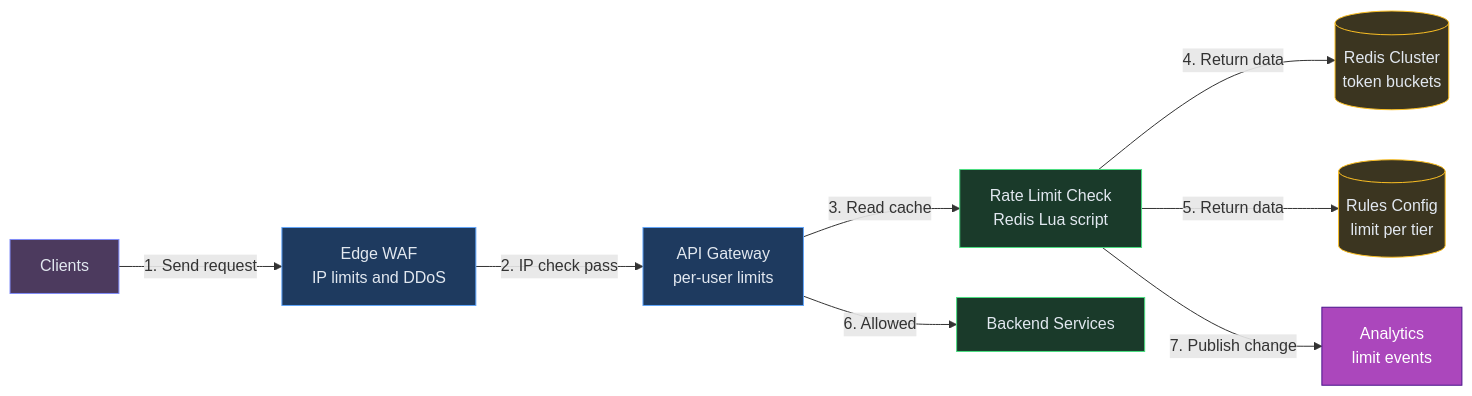
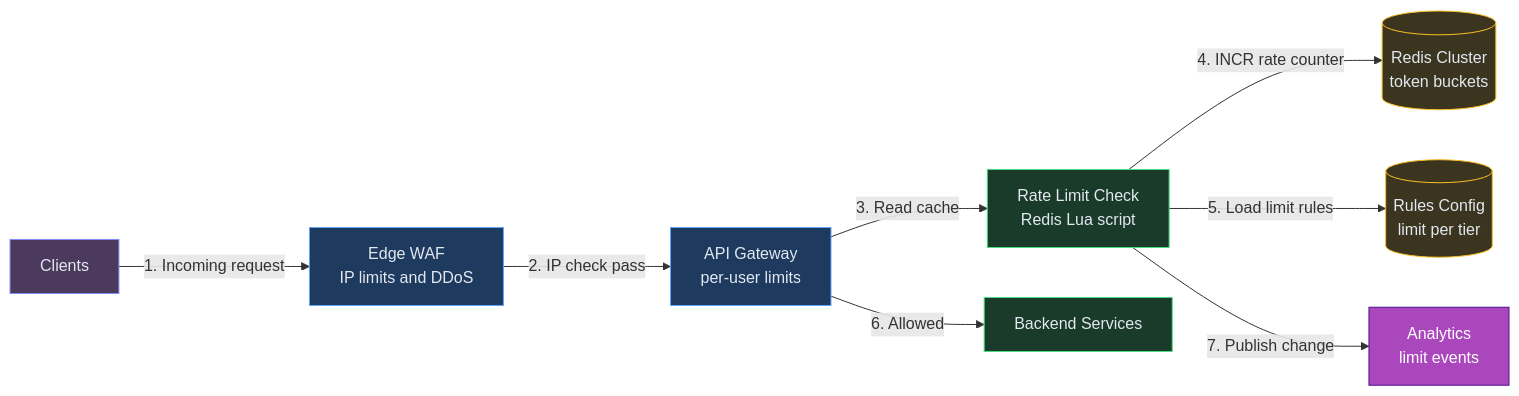
Diagram 15 of 15 in content/hld/RateLimiter.md (iluzn/HLD-Designs), drawn with Mermaid before and after one commit. The commit also changed other lines of this file and 27 other files, not shown here.

````diff
--- a/content/hld/RateLimiter.md
+++ b/content/hld/RateLimiter.md
@@ -697,25 +697,25 @@
 ```mermaid
 flowchart LR
     CLIENTS["Clients"]:::client
     EDGE["Edge WAF<br/>IP limits and DDoS"]:::edge
     GW["API Gateway<br/>per-user limits"]:::edge
     RL["Rate Limit Check<br/>Redis Lua script"]:::service
     REDIS[("Redis Cluster<br/>token buckets")]:::data
     RULES[("Rules Config<br/>limit per tier")]:::data
     API["Backend Services"]:::service
     K["Analytics<br/>limit events"]:::async
 
-    CLIENTS -->|"1. Send request"| EDGE
+    CLIENTS -->|"1. Incoming request"| EDGE
     EDGE -->|"2. IP check pass"| GW
     GW -->|"3. Read cache"| RL
-    RL -->|"4. Return data"| REDIS
-    RL -->|"5. Return data"| RULES
+    RL -->|"4. INCR rate counter"| REDIS
+    RL -->|"5. Load limit rules"| RULES
     GW -->|"6. Allowed"| API
     RL -->|"7. Publish change"| K
 
     classDef client fill:#4c3a5e,stroke:#818cf8,color:#e2e8f0
     classDef edge fill:#1e3a5f,stroke:#60a5fa,color:#e2e8f0
     classDef service fill:#1a3a2a,stroke:#4ade80,color:#e2e8f0
     classDef async fill:#AB47BC,stroke:#4A148C,color:#fff
     classDef data fill:#3b3520,stroke:#fbbf24,color:#e2e8f0
 ```
````
